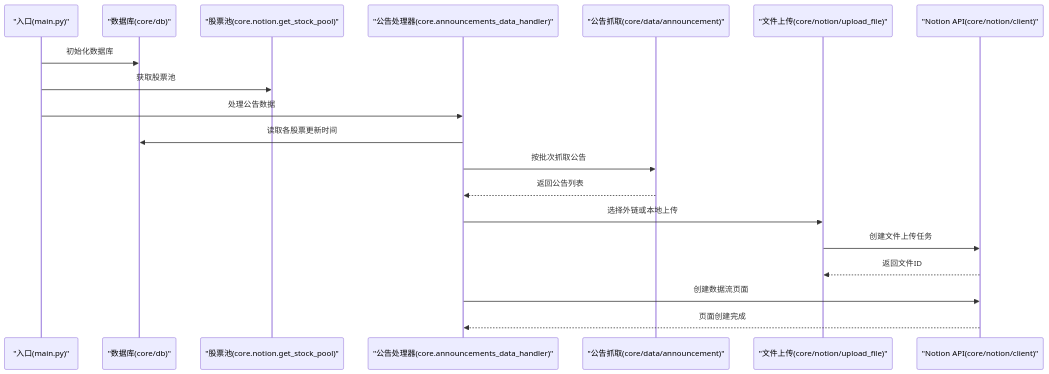
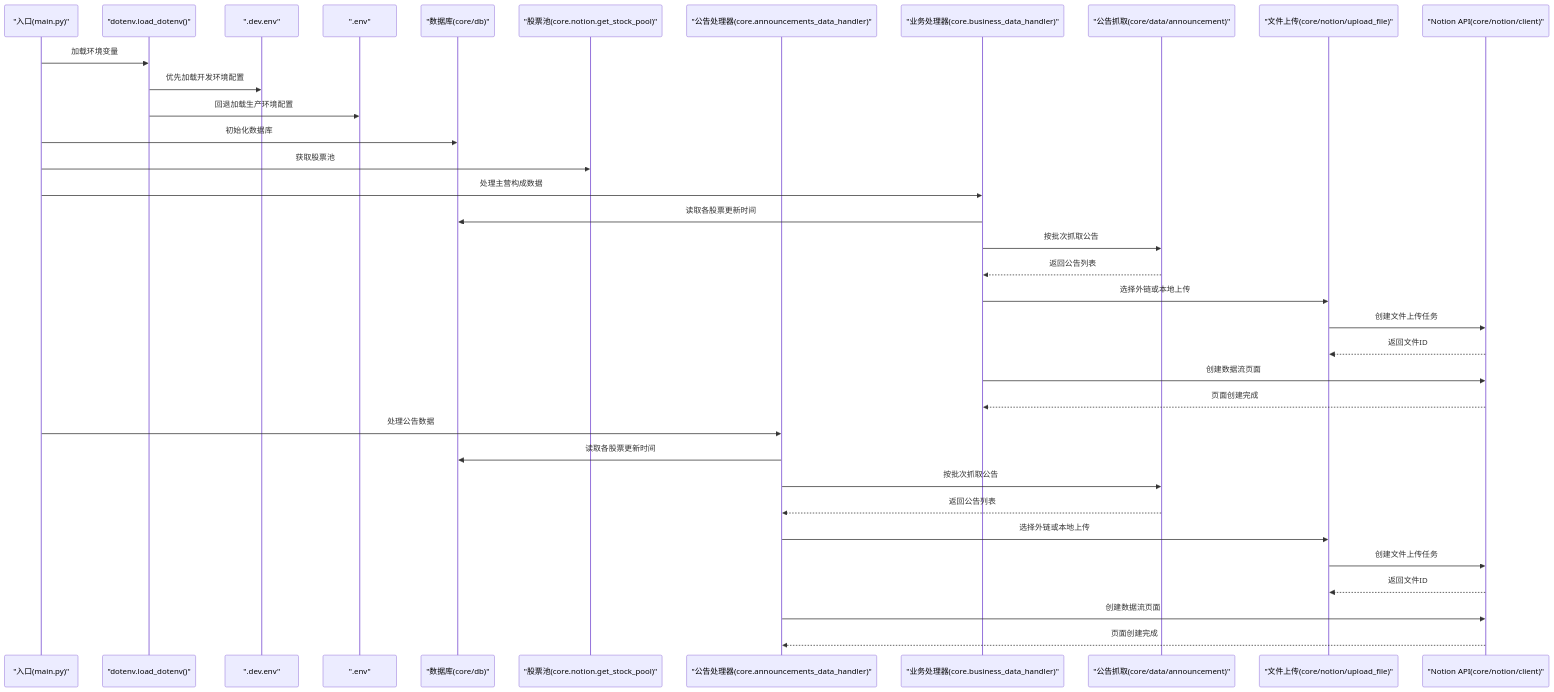
Before and after one commit to iverwong/DataLife: the second of 8 diagrams in .qoder/repowiki/zh/content/部署配置/部署配置.md, drawn with Mermaid. The commit also changed other lines of this file and 14 other files, not shown here.

````diff
--- a/.qoder/repowiki/zh/content/部署配置/部署配置.md
+++ b/.qoder/repowiki/zh/content/部署配置/部署配置.md
@@ -115,21 +155,37 @@
 ```mermaid
 sequenceDiagram
 participant Entrypoint as "入口(main.py)"
+participant DotEnv as "dotenv.load_dotenv()"
+participant DevEnv as ".dev.env"
+participant Env as ".env"
 participant DB as "数据库(core/db)"
 participant Pool as "股票池(core.notion.get_stock_pool)"
 participant Handler as "公告处理器(core.announcements_data_handler)"
+participant BusinessHandler as "业务处理器(core.business_data_handler)"
 participant Crawler as "公告抓取(core/data/announcement)"
 participant Uploader as "文件上传(core/notion/upload_file)"
 participant Notion as "Notion API(core/notion/client)"
+Entrypoint->>DotEnv : 加载环境变量
+DotEnv->>DevEnv : 优先加载开发环境配置
+DotEnv->>Env : 回退加载生产环境配置
 Entrypoint->>DB : 初始化数据库
 Entrypoint->>Pool : 获取股票池
+Entrypoint->>BusinessHandler : 处理主营构成数据
+BusinessHandler->>DB : 读取各股票更新时间
+BusinessHandler->>Crawler : 按批次抓取公告
+Crawler-->>BusinessHandler : 返回公告列表
+BusinessHandler->>Uploader : 选择外链或本地上传
+Uploader->>Notion : 创建文件上传任务
+Notion-->>Uploader : 返回文件ID
+BusinessHandler->>Notion : 创建数据流页面
+Notion-->>BusinessHandler : 页面创建完成
 Entrypoint->>Handler : 处理公告数据
 Handler->>DB : 读取各股票更新时间
 Handler->>Crawler : 按批次抓取公告
 Crawler-->>Handler : 返回公告列表
 Handler->>Uploader : 选择外链或本地上传
 Uploader->>Notion : 创建文件上传任务
 Notion-->>Uploader : 返回文件ID
 Handler->>Notion : 创建数据流页面
 Notion-->>Handler : 页面创建完成
 ```
````
